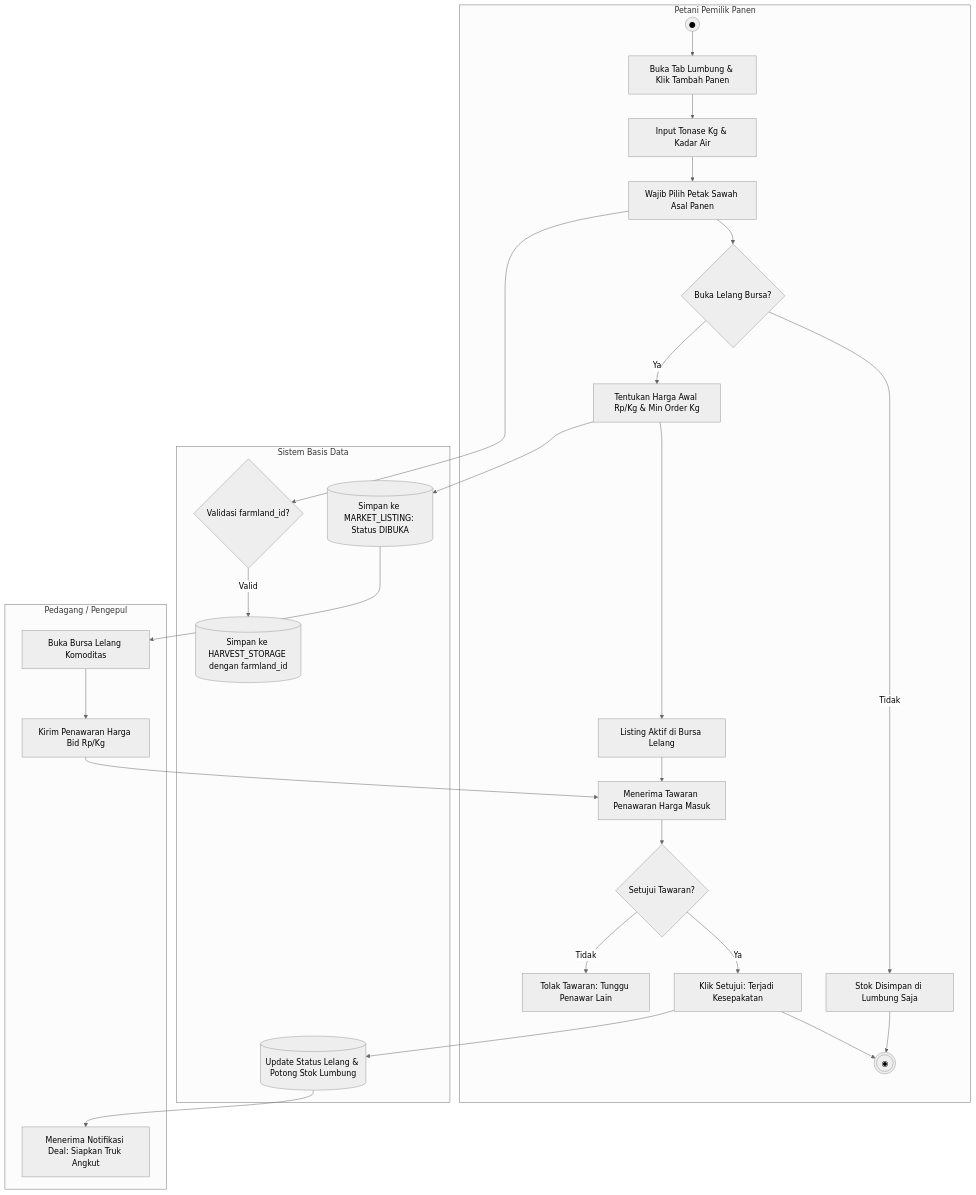
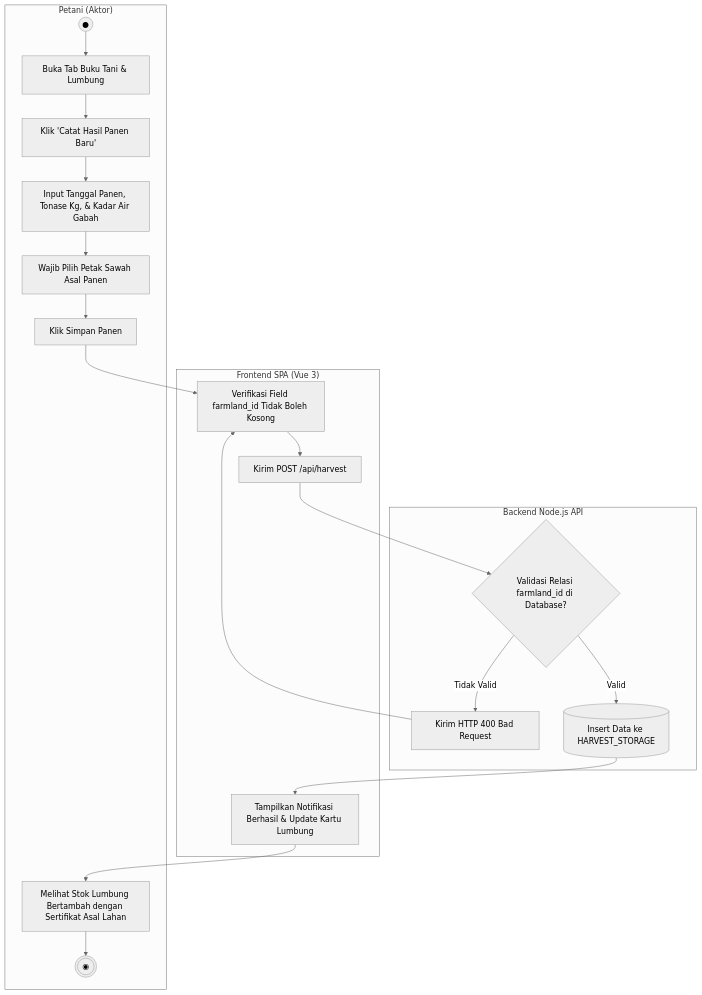
Before and after one commit to ombay86/agribuddy: the fifth of 6 diagrams in ACTIVITY_DIAGRAM_AgriBuddy.md, drawn with Mermaid (neutral theme). The commit also changed other lines of this file and 14 other files, not shown here.

Commit message:
docs: perbarui PRD, ERD, Use Case, Flowchart, dan Activity Diagram sesuai arsitektur Node.js & Gemini AI

````diff
--- a/ACTIVITY_DIAGRAM_AgriBuddy.md
+++ b/ACTIVITY_DIAGRAM_AgriBuddy.md
@@ -326,32 +279,25 @@
 ```mermaid
 flowchart TD
-    subgraph P_Petani["Petani Pemilik Panen"]
-        A4((●)) --> B4[Buka Tab Lumbung & Klik Tambah Panen]
-        B4 --> C4[Input Tonase Kg & Kadar Air]
-        C4 --> D4[Wajib Pilih Petak Sawah Asal Panen]
-        D4 --> E4{Buka Lelang Bursa?}
-        E4 -- Tidak --> F4[Stok Disimpan di Lumbung Saja]
-        E4 -- Ya --> G4[Tentukan Harga Awal Rp/Kg & Min Order Kg]
-        G4 --> H4[Listing Aktif di Bursa Lelang]
-        H4 --> I4[Menerima Tawaran Penawaran Harga Masuk]
-        I4 --> J4{Setujui Tawaran?}
-        J4 -- Ya --> K4[Klik Setujui: Terjadi Kesepakatan]
-        J4 -- Tidak --> L4[Tolak Tawaran: Tunggu Penawar Lain]
-        K4 --> M4(((◉)))
-        F4 --> M4
+    subgraph P_Petani["Petani (Aktor)"]
+        A4((●)) --> B4[Buka Tab Buku Tani & Lumbung]
+        B4 --> C4[Klik 'Catat Hasil Panen Baru']
+        C4 --> D4[Input Tanggal Panen, Tonase Kg, & Kadar Air Gabah]
+        D4 --> E4[Wajib Pilih Petak Sawah Asal Panen]
+        E4 --> F4[Klik Simpan Panen]
+        J4[Melihat Stok Lumbung Bertambah dengan Sertifikat Asal Lahan] --> K4(((◉)))
     end
 
-    subgraph P_Sistem["Sistem Basis Data"]
-        D4 --> ValTrace{Validasi farmland_id?}
-        ValTrace -- Valid --> SaveHrv[(Simpan ke HARVEST_STORAGE dengan farmland_id)]
-        G4 --> SaveList[(Simpan ke MARKET_LISTING: Status DIBUKA)]
-        K4 --> ExecDeal[(Update Status Lelang & Potong Stok Lumbung)]
+    subgraph P_Frontend["Frontend SPA (Vue 3)"]
+        F4 --> G4[Verifikasi Field farmland_id Tidak Boleh Kosong]
+        G4 --> H4[Kirim POST /api/harvest]
+        I4[Tampilkan Notifikasi Berhasil & Update Kartu Lumbung] --> J4
     end
 
-    subgraph P_Bidder["Pedagang / Pengepul"]
-        SaveList --> N4[Buka Bursa Lelang Komoditas]
-        N4 --> O4[Kirim Penawaran Harga Bid Rp/Kg]
-        O4 --> I4
-        ExecDeal --> P4[Menerima Notifikasi Deal: Siapkan Truk Angkut]
+    subgraph P_Backend["Backend Node.js API"]
+        H4 --> L4{Validasi Relasi farmland_id di Database?}
+        L4 -- Tidak Valid --> Err4[Kirim HTTP 400 Bad Request]
+        Err4 --> G4
+        L4 -- Valid --> M4[(Insert Data ke HARVEST_STORAGE)]
+        M4 --> I4
     end
 ```
````
